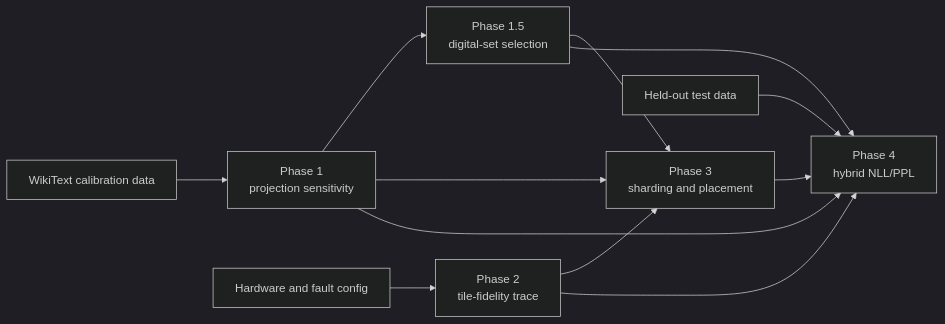
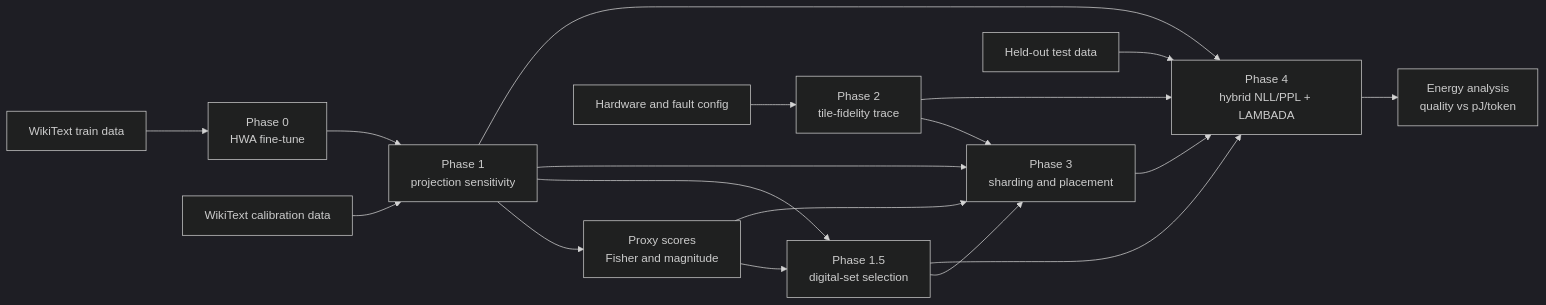
The diagram in README.md (williamhwangweiju/projection-sensitivity-mapping), drawn with Mermaid (dark theme) before and after one commit. The commit also changed other lines of this file and 7 other files, not shown here.

First line of the commit message:
Document Phase 0, proxies, energy, LAMBADA, Colab runbook, and provenance

````diff
--- a/README.md
+++ b/README.md
@@ -16,14 +16,20 @@
 ```mermaid
 flowchart LR
-    C[WikiText calibration data] --> P1[Phase 1<br/>projection sensitivity]
+    W[WikiText train data] --> P0[Phase 0<br/>HWA fine-tune]
+    P0 --> P1[Phase 1<br/>projection sensitivity]
+    C[WikiText calibration data] --> P1
+    P1 --> PX[Proxy scores<br/>Fisher and magnitude]
     P1 --> P15[Phase 1.5<br/>digital-set selection]
+    PX --> P15
     H[Hardware and fault config] --> P2[Phase 2<br/>tile-fidelity trace]
     P1 --> P3[Phase 3<br/>sharding and placement]
+    PX --> P3
     P15 --> P3
     P2 --> P3
-    T[Held-out test data] --> P4[Phase 4<br/>hybrid NLL/PPL]
+    T[Held-out test data] --> P4[Phase 4<br/>hybrid NLL/PPL + LAMBADA]
     P1 --> P4
     P15 --> P4
     P2 --> P4
     P3 --> P4
+    P4 --> E[Energy analysis<br/>quality vs pJ/token]
 ```
````
